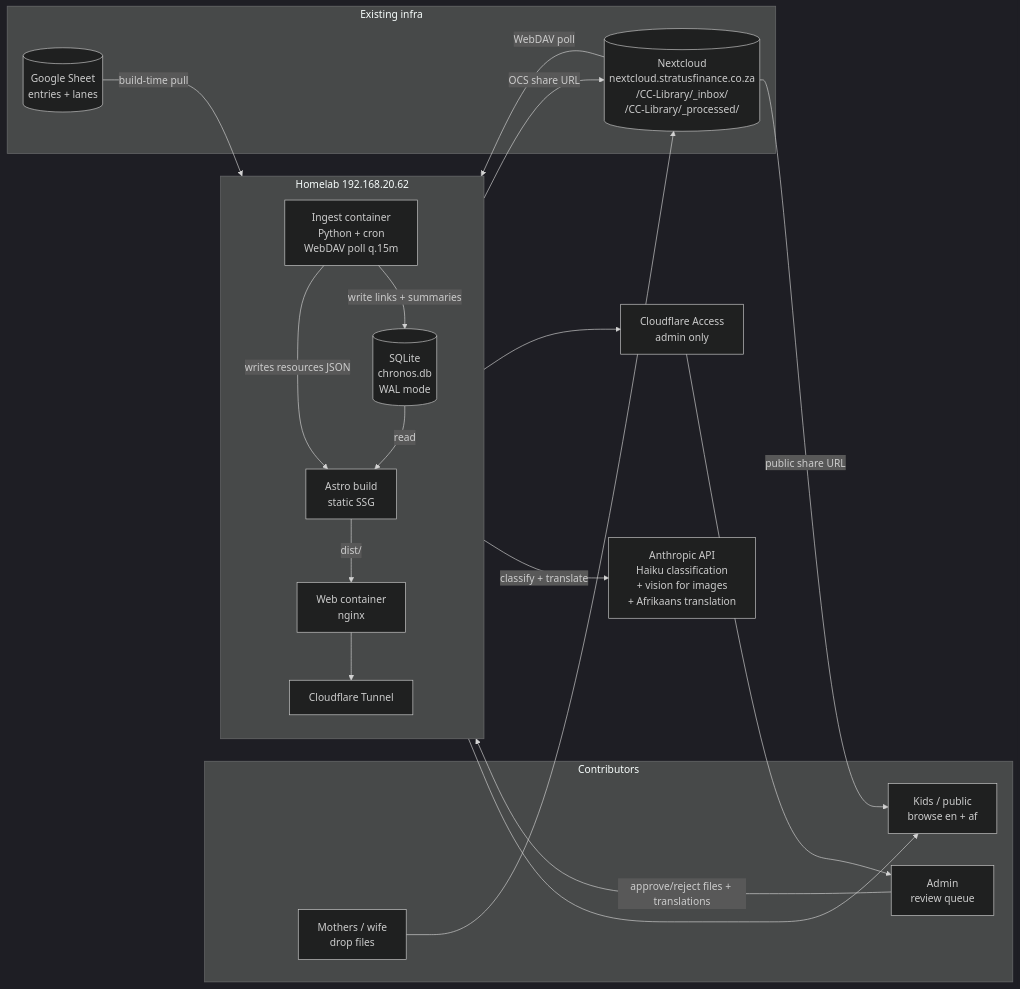
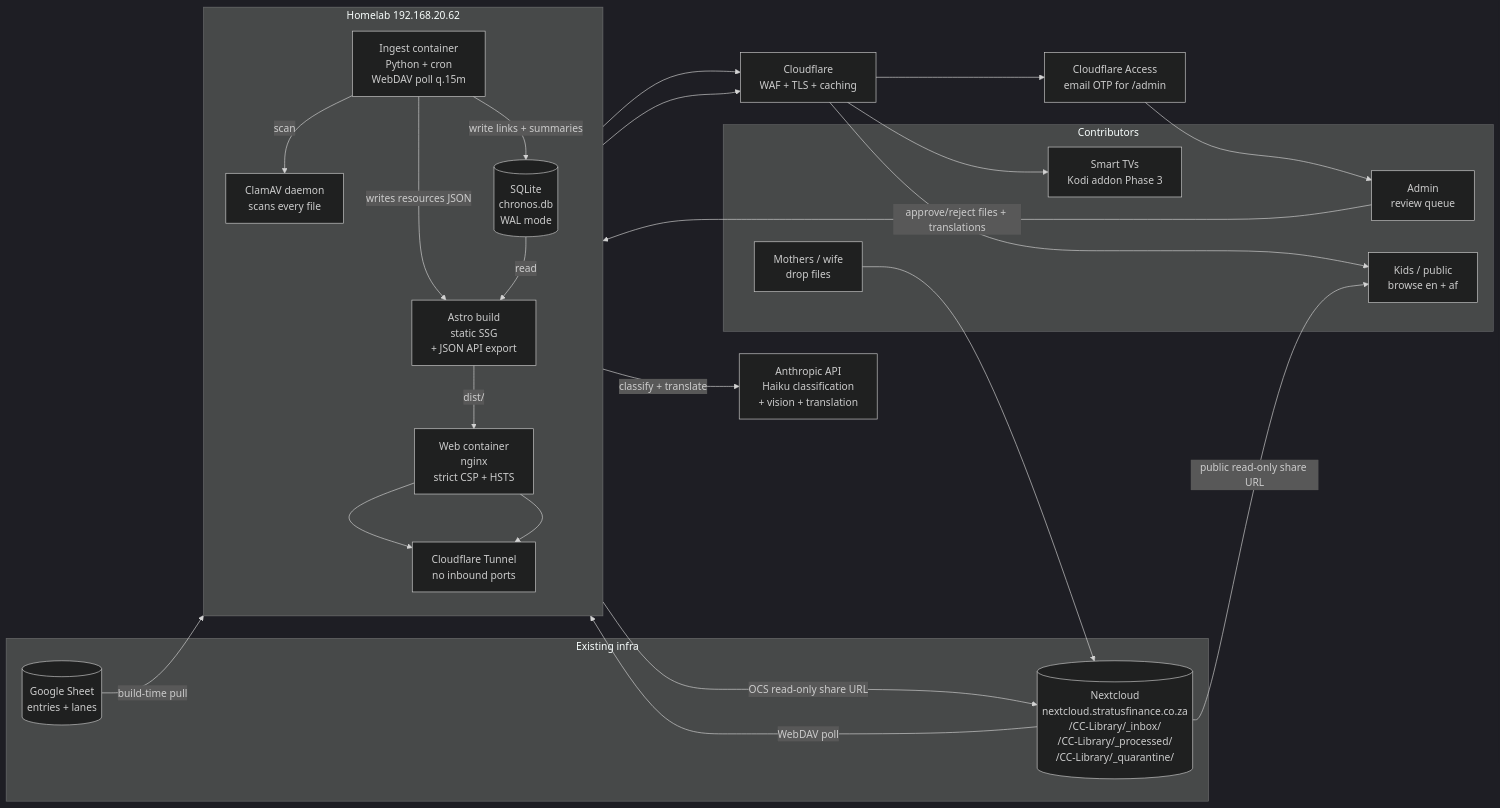
One commit to Gerben007/Chronos changed the diagram in PLAN.md. Above: the diagram before and after it, drawn with Mermaid (dark theme). The commit also changed other lines of this file, not shown here.

First line of the commit message:
Add security architecture + future client surfaces (v3)

````diff
--- a/PLAN.md
+++ b/PLAN.md
@@ -41,39 +39,44 @@
 ```mermaid
 flowchart LR
     subgraph Contributors
       Mothers[Mothers / wife<br/>drop files]
       Admin[Admin<br/>review queue]
       Kids[Kids / public<br/>browse en + af]
+      TVs[Smart TVs<br/>Kodi addon Phase 3]
     end
 
     subgraph Existing infra
-      NC[(Nextcloud<br/>nextcloud.stratusfinance.co.za<br/>/CC-Library/_inbox/<br/>/CC-Library/_processed/)]
+      NC[(Nextcloud<br/>nextcloud.stratusfinance.co.za<br/>/CC-Library/_inbox/<br/>/CC-Library/_processed/<br/>/CC-Library/_quarantine/)]
       Sheet[(Google Sheet<br/>entries + lanes)]
     end
 
     subgraph Homelab 192.168.20.62
       direction TB
       Ingest[Ingest container<br/>Python + cron<br/>WebDAV poll q.15m]
+      Clam[ClamAV daemon<br/>scans every file]
       DB[(SQLite<br/>chronos.db<br/>WAL mode)]
-      Build[Astro build<br/>static SSG]
-      Web[Web container<br/>nginx]
-      Tunnel[Cloudflare Tunnel]
+      Build[Astro build<br/>static SSG<br/>+ JSON API export]
+      Web[Web container<br/>nginx<br/>strict CSP + HSTS]
+      Tunnel[Cloudflare Tunnel<br/>no inbound ports]
     end
 
-    Anth[Anthropic API<br/>Haiku classification<br/>+ vision for images<br/>+ Afrikaans translation]
-    CFA[Cloudflare Access<br/>admin only]
+    CF[Cloudflare<br/>WAF + TLS + caching]
+    CFA[Cloudflare Access<br/>email OTP for /admin]
+    Anth[Anthropic API<br/>Haiku classification<br/>+ vision + translation]
 
     Mothers --> NC
     NC -- WebDAV poll --> Ingest
+    Ingest -- scan --> Clam
     Sheet -- build-time pull --> Build
     Ingest -- write links + summaries --> DB
     Ingest -- classify + translate --> Anth
-    Ingest -- OCS share URL --> NC
+    Ingest -- OCS read-only share URL --> NC
     Ingest -- writes resources JSON --> Build
     DB -- read --> Build
     Build -- dist/ --> Web
-    Web --> Tunnel --> Kids
-    Tunnel --> CFA --> Admin
+    Web --> Tunnel --> CF --> Kids
+    Web --> Tunnel --> CF --> TVs
+    CF --> CFA --> Admin
     Admin -- approve/reject files + translations --> DB
-    NC -- public share URL --> Kids
+    NC -- public read-only share URL --> Kids
 ```
````
